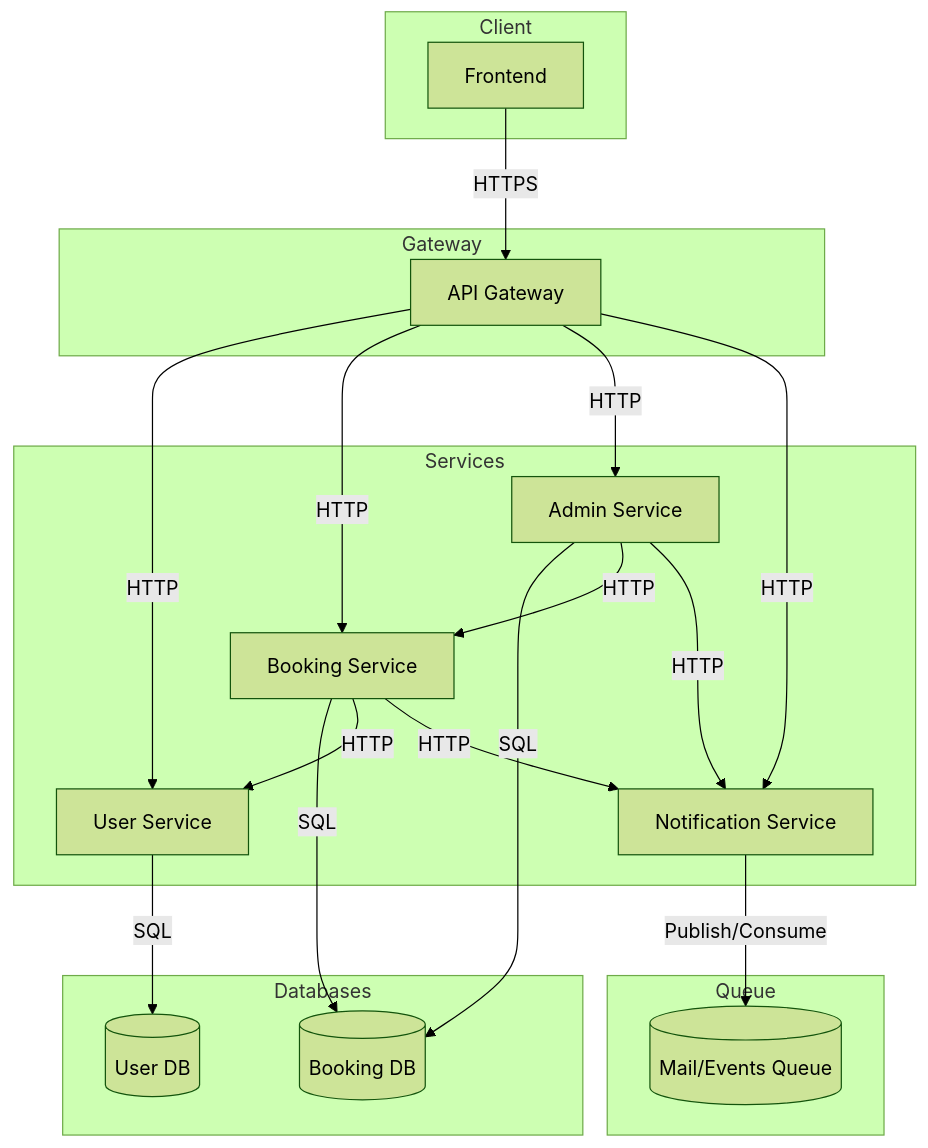
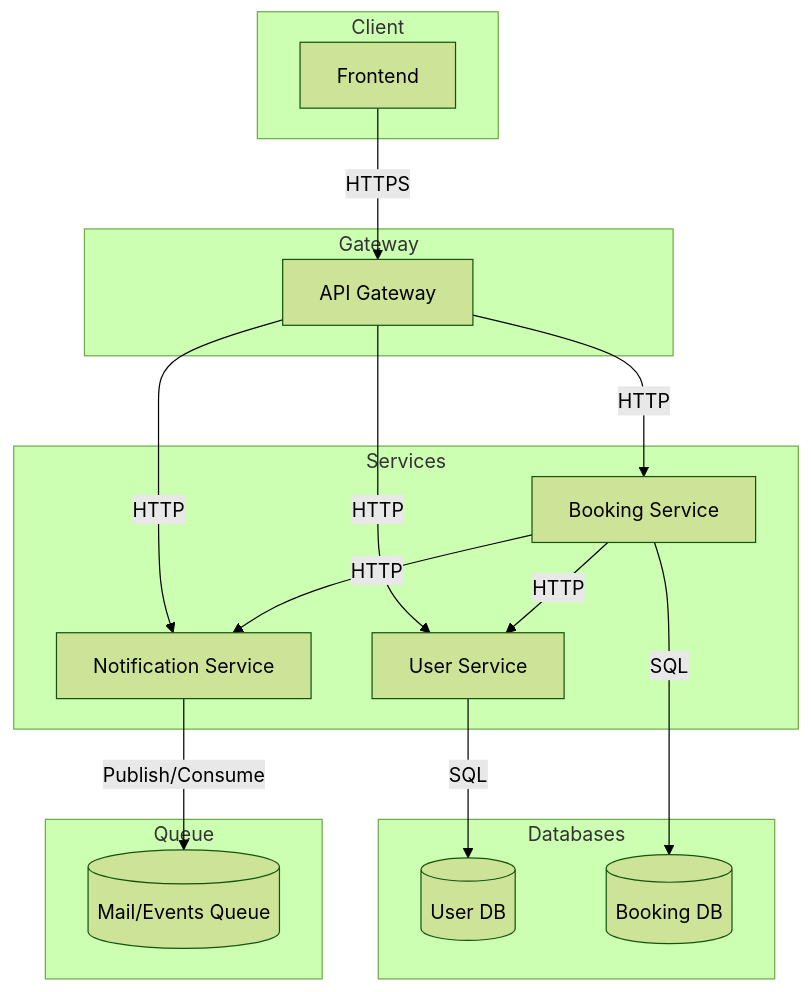
One commit to dalai-llama2004/blatnye-bratuyni changed the first of 7 diagrams in docs/tr.md. Above: the diagram before and after it, drawn with Mermaid (forest theme). The commit also changed other lines of this file, not shown here.

````diff
--- a/docs/tr.md
+++ b/docs/tr.md
@@ -201,45 +176,40 @@
 ```mermaid
 graph TD
 
 subgraph Client
     WebApp[Frontend]
 end
 
 subgraph Gateway
     APIGateway[API Gateway]
 end
 
 subgraph Services
     UserService[User Service]
     BookingService[Booking Service]
-    AdminService[Admin Service]
     NotificationService[Notification Service]
 end
 
 subgraph Databases
     UserDB[(User DB)]
     BookingDB[(Booking DB)]
 end
 
 subgraph Queue
     MailQ[(Mail/Events Queue)]
 end
 
 WebApp-->|HTTPS|APIGateway
 
 APIGateway-->|HTTP|UserService
 APIGateway-->|HTTP|BookingService
-APIGateway-->|HTTP|AdminService
 APIGateway-->|HTTP|NotificationService
 
 UserService-->|SQL|UserDB
 BookingService-->|SQL|BookingDB
-AdminService-->|SQL|BookingDB
 
 BookingService-->|HTTP|UserService
-AdminService-->|HTTP|BookingService
 BookingService-->|HTTP|NotificationService
-AdminService-->|HTTP|NotificationService
 
 NotificationService-->|Publish/Consume|MailQ
 ```
````
